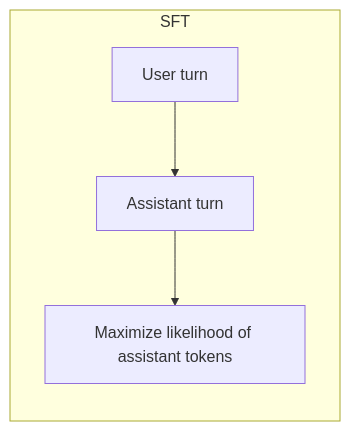
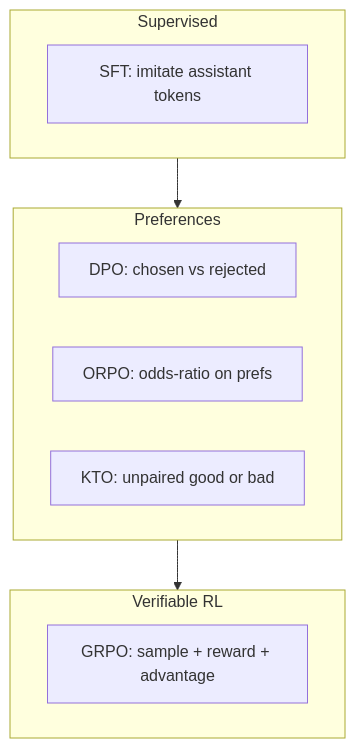
Before and after one commit to slickml/slick-tune: diagram 15 of 20 in docs/pages/fine_tuning_guide.md, drawn with Mermaid. The commit also changed other lines of this file and 12 other files, not shown here.

````diff
--- a/docs/pages/fine_tuning_guide.md
+++ b/docs/pages/fine_tuning_guide.md
@@ -443,7 +450,16 @@
 ```mermaid
-flowchart LR
-  subgraph sft [SFT]
-    U[User turn] --> A[Assistant turn]
-    A --> NLL[Maximize likelihood of assistant tokens]
+flowchart TB
+  subgraph supervised [Supervised]
+    SFT[SFT: imitate assistant tokens]
   end
+  subgraph prefs [Preferences]
+    DPO[DPO: chosen vs rejected]
+    ORPO[ORPO: odds-ratio on prefs]
+    KTO[KTO: unpaired good or bad]
+  end
+  subgraph rl [Verifiable RL]
+    GRPO[GRPO: sample + reward + advantage]
+  end
+  supervised --> prefs
+  prefs --> rl
 ```
````
